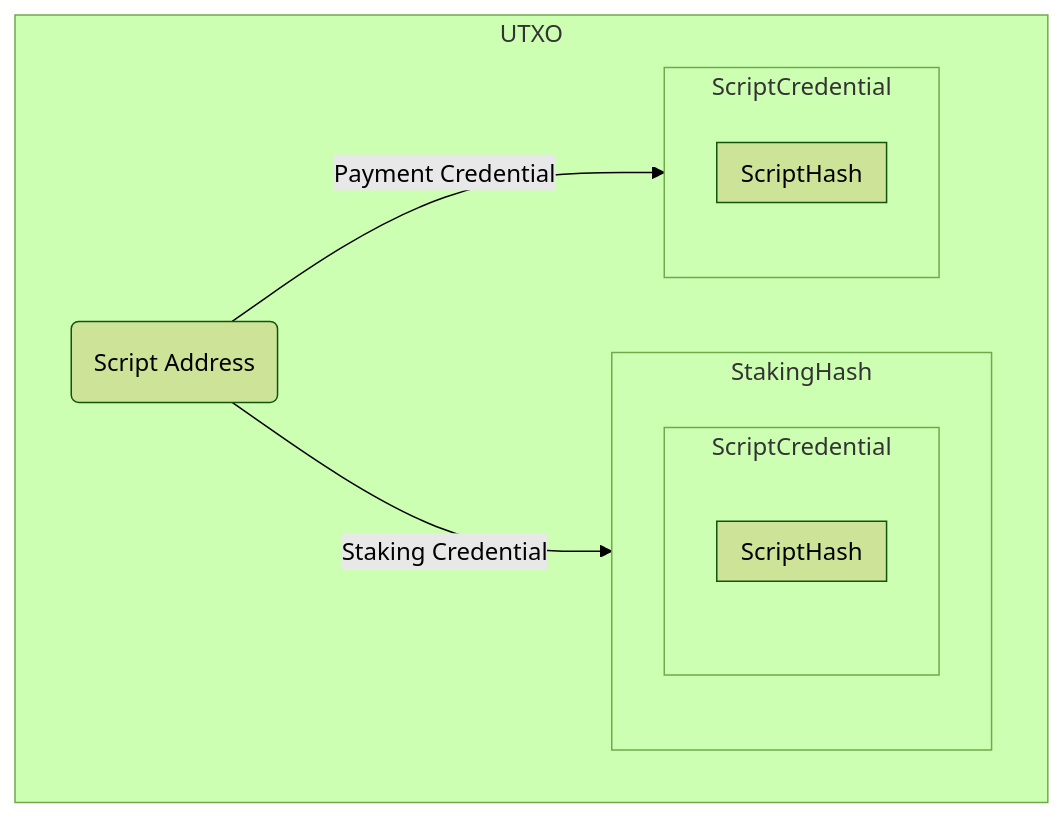
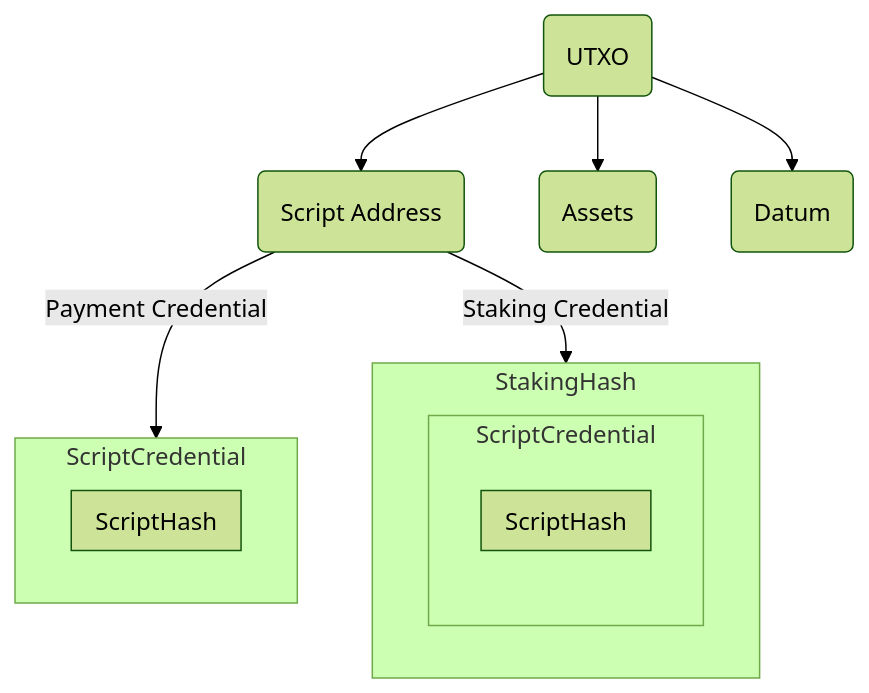
The second of 4 diagrams in STAKE-VALIDATOR.md (Anastasia-Labs/design-patterns), drawn with Mermaid (forest theme) before and after one commit. The commit also changed other lines of this file, not shown here.

````diff
--- a/STAKE-VALIDATOR.md
+++ b/STAKE-VALIDATOR.md
@@ -88,18 +119,19 @@
 ```mermaid
 graph TD
-  subgraph UTXO
+  U(UTXO) --> SA
+  U(UTXO) --> A(Assets)
+  U(UTXO) --> D(Datum)
   SA(Script Address)
   SA -->|Payment Credential| ScriptCredentialSA
   subgraph ScriptCredentialSA[ScriptCredential]
   subgraph ScriptHashSA[ScriptHash]
   end
   end
   SA -->|Staking Credential| StakingHash
   subgraph StakingHash
   subgraph ScriptCredential
   subgraph ScriptHash
   end
   end
   end
-  end
 ```
````
